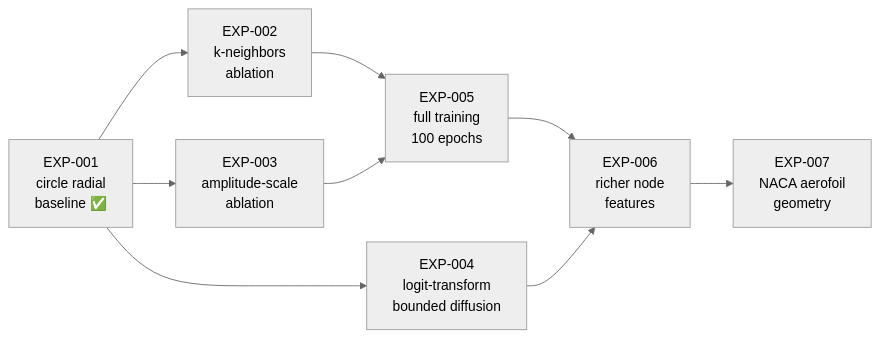
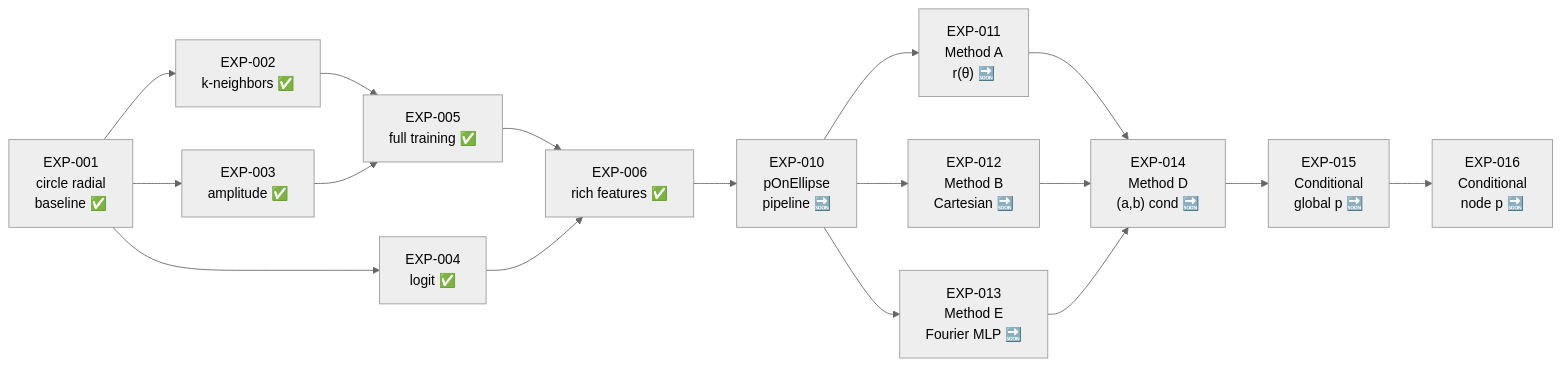
The diagram in docs/experiments/EXPERIMENT_PLAN.md (archied2804/graphdiffusion), drawn with Mermaid (neutral theme) before and after one commit. The commit also changed other lines of this file and 37 other files, not shown here.

````diff
--- a/docs/experiments/EXPERIMENT_PLAN.md
+++ b/docs/experiments/EXPERIMENT_PLAN.md
@@ -14,13 +13,21 @@
 ```mermaid
 graph LR
     EXP001["EXP-001<br/>circle radial<br/>baseline ✅"] --> EXP002
     EXP001 --> EXP003
     EXP001 --> EXP004
-    EXP002["EXP-002<br/>k-neighbors<br/>ablation"] --> EXP005
-    EXP003["EXP-003<br/>amplitude-scale<br/>ablation"] --> EXP005
-    EXP004["EXP-004<br/>logit-transform<br/>bounded diffusion"]
-    EXP005["EXP-005<br/>full training<br/>100 epochs"] --> EXP006
+    EXP002["EXP-002<br/>k-neighbors ✅"] --> EXP005
+    EXP003["EXP-003<br/>amplitude ✅"] --> EXP005
+    EXP004["EXP-004<br/>logit ✅"]
+    EXP005["EXP-005<br/>full training ✅"] --> EXP006
     EXP004 --> EXP006
-    EXP006["EXP-006<br/>richer node<br/>features"] --> EXP007
-    EXP007["EXP-007<br/>NACA aerofoil<br/>geometry"]
+    EXP006["EXP-006<br/>rich features ✅"] --> EXP010
+    EXP010["EXP-010<br/>pOnEllipse<br/>pipeline 🔜"] --> EXP011
+    EXP010 --> EXP012
+    EXP010 --> EXP013
+    EXP011["EXP-011<br/>Method A<br/>r(θ) 🔜"] --> EXP014
+    EXP012["EXP-012<br/>Method B<br/>Cartesian 🔜"] --> EXP014
+    EXP013["EXP-013<br/>Method E<br/>Fourier MLP 🔜"] --> EXP014
+    EXP014["EXP-014<br/>Method D<br/>(a,b) cond 🔜"] --> EXP015
+    EXP015["EXP-015<br/>Conditional<br/>global p 🔜"] --> EXP016
+    EXP016["EXP-016<br/>Conditional<br/>node p 🔜"]
 ```
````
